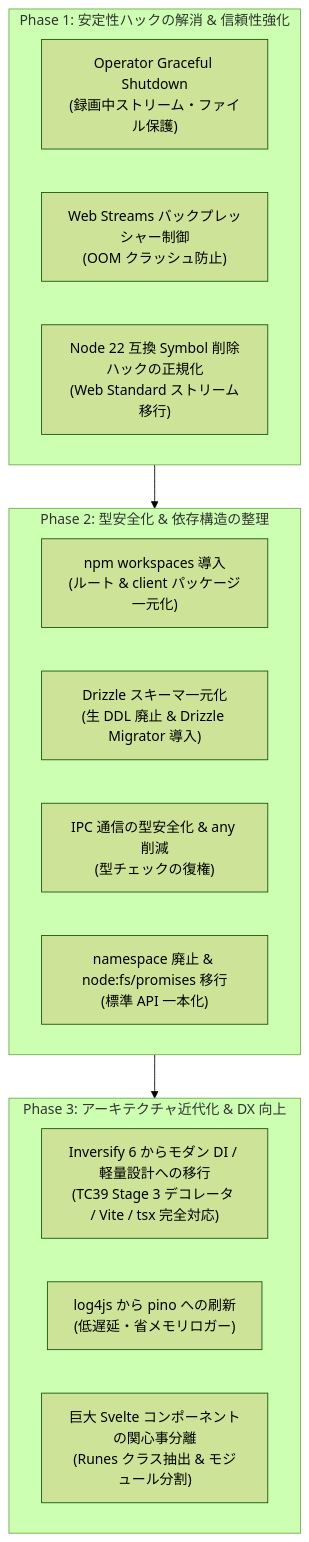
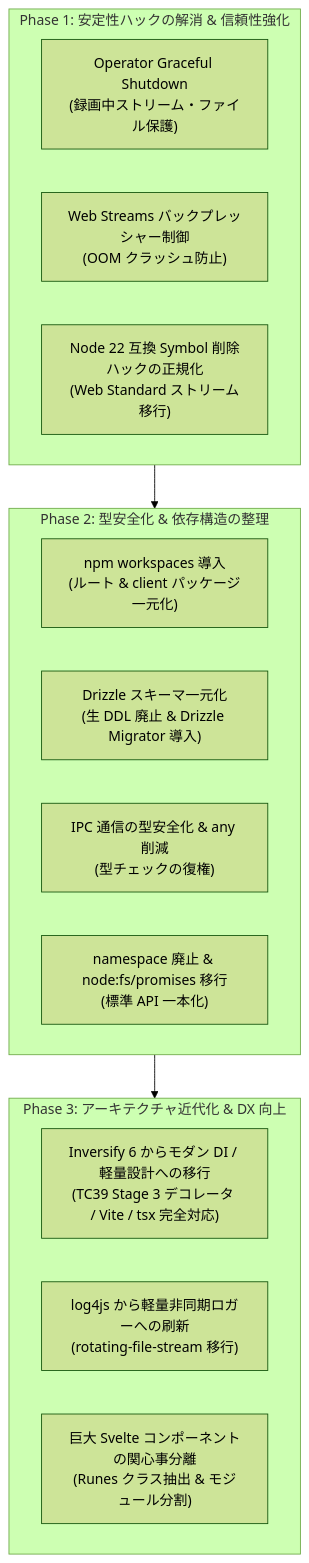
The diagram in docs/dev/modernization-roadmap.md (knzfujii/EPGDeck), drawn with Mermaid (forest theme) before and after one commit. The commit also changed other lines of this file and 15 other files, not shown here.

First line of the commit message:
refactor: log4js を撤廃し rotating-file-stream による軽量・高速非同期ロギングへ刷新 (#Task 3.2)

````diff
--- a/docs/dev/modernization-roadmap.md
+++ b/docs/dev/modernization-roadmap.md
@@ -21,24 +21,25 @@
 ```mermaid
 flowchart TD
     subgraph Phase1["Phase 1: 安定性ハックの解消 & 信頼性強化"]
         T1["Operator Graceful Shutdown<br>(録画中ストリーム・ファイル保護)"]
         T2["Web Streams バックプレッシャー制御<br>(OOM クラッシュ防止)"]
         T3["Node 22 互換 Symbol 削除ハックの正規化<br>(Web Standard ストリーム移行)"]
     end
 
     subgraph Phase2["Phase 2: 型安全化 & 依存構造の整理"]
         T4["npm workspaces 導入<br>(ルート & client パッケージ一元化)"]
         T5["Drizzle スキーマ一元化<br>(生 DDL 廃止 & Drizzle Migrator 導入)"]
         T6["IPC 通信の型安全化 & any 削減<br>(型チェックの復権)"]
         T7["namespace 廃止 & node:fs/promises 移行<br>(標準 API 一本化)"]
     end
 
     subgraph Phase3["Phase 3: アーキテクチャ近代化 & DX 向上"]
         T8["Inversify 6 からモダン DI / 軽量設計への移行<br>(TC39 Stage 3 デコレータ / Vite / tsx 完全対応)"]
-        T9["log4js から pino への刷新<br>(低遅延・省メモリロガー)"]
+        T9["log4js から軽量非同期ロガーへの刷新<br>(rotating-file-stream 移行)"]
+
         T10["巨大 Svelte コンポーネントの関心事分離<br>(Runes クラス抽出 & モジュール分割)"]
     end
 
     Phase1 --> Phase2
     Phase2 --> Phase3
 ```
````
